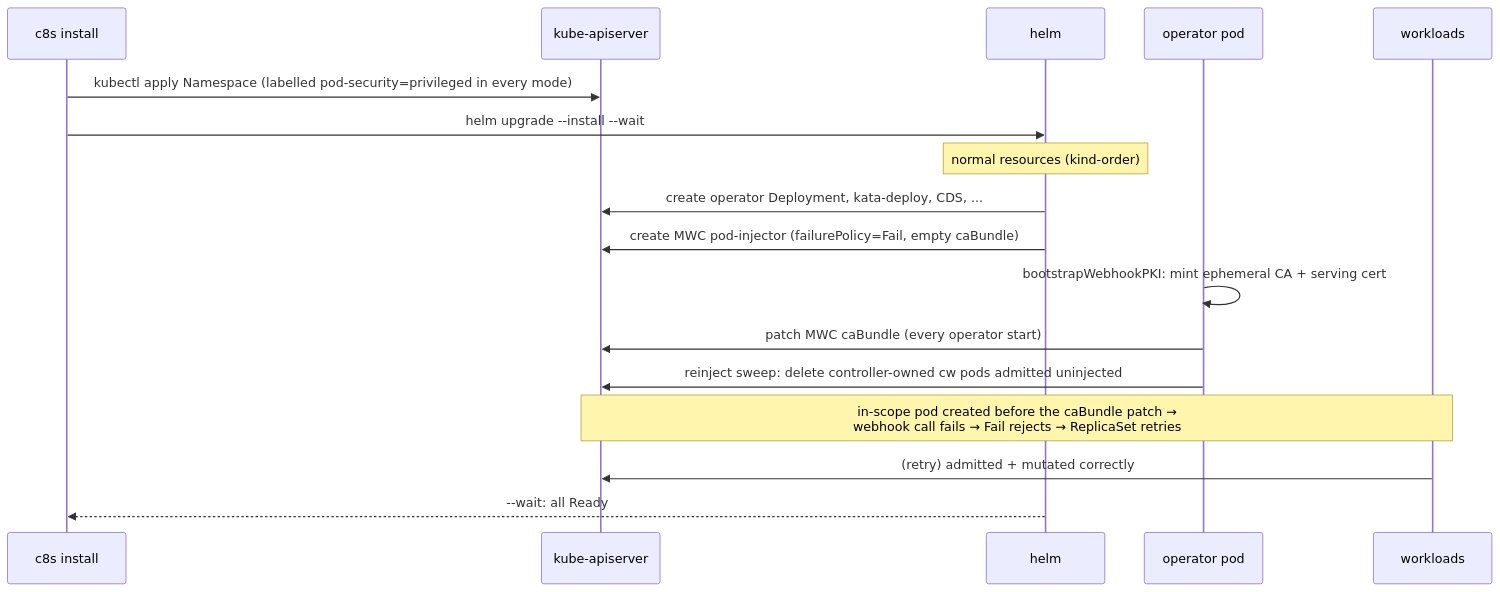
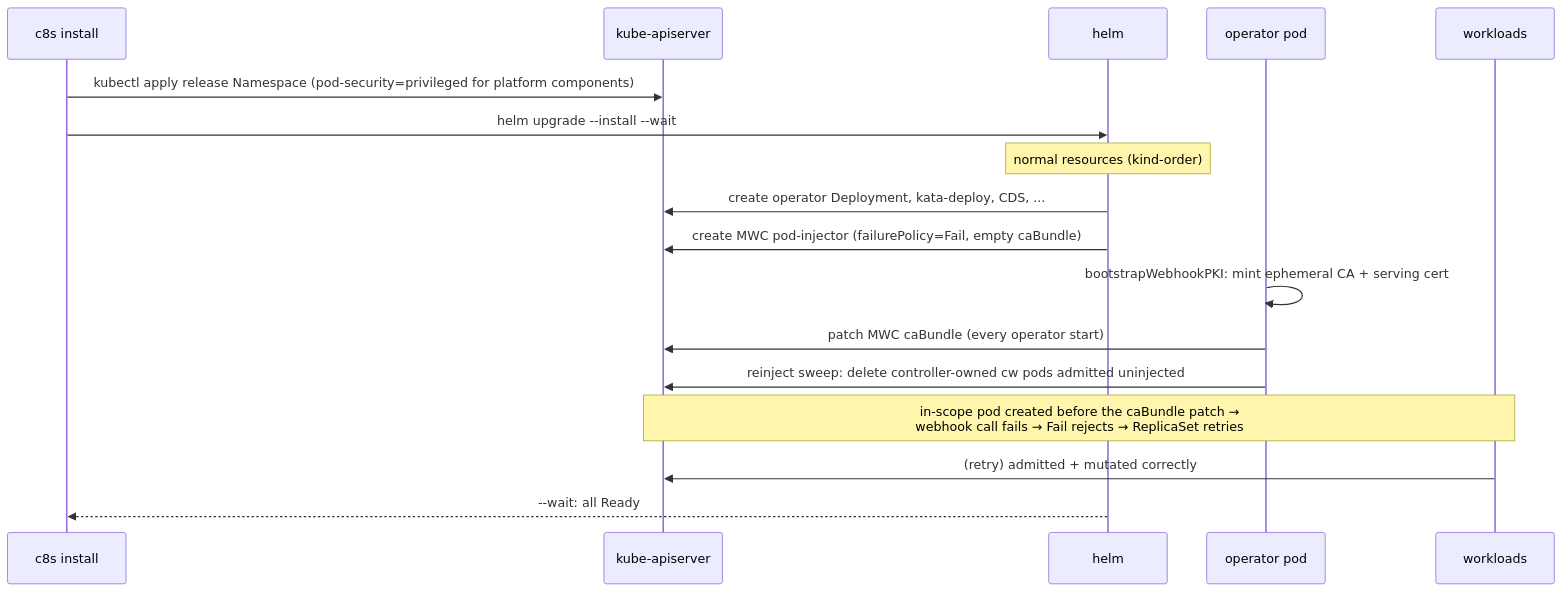
Before and after one commit to confidential-dot-ai/c8s: the second of 6 diagrams in docs/install-flows.md, drawn with Mermaid. The commit also changed other lines of this file and 33 other files, not shown here.

First line of the commit message:
fix(node-image): close PodSecurity review gaps (#547)

````diff
--- a/docs/install-flows.md
+++ b/docs/install-flows.md
@@ -158,20 +158,20 @@
 ```mermaid
 sequenceDiagram
     participant CLI as c8s install
     participant K as kube-apiserver
     participant Helm as helm
     participant Op as operator pod
     participant Pods as workloads
 
-    CLI->>K: kubectl apply Namespace (labelled pod-security=privileged in every mode)
+    CLI->>K: kubectl apply release Namespace (pod-security=privileged for platform components)
     CLI->>Helm: helm upgrade --install --wait
     Note over Helm: normal resources (kind-order)
     Helm->>K: create operator Deployment, kata-deploy, CDS, ...
     Helm->>K: create MWC pod-injector (failurePolicy=Fail, empty caBundle)
     Op->>Op: bootstrapWebhookPKI: mint ephemeral CA + serving cert
     Op->>K: patch MWC caBundle (every operator start)
     Op->>K: reinject sweep: delete controller-owned cw pods admitted uninjected
     Note over Pods,K: in-scope pod created before the caBundle patch →<br/>webhook call fails → Fail rejects → ReplicaSet retries
     Pods->>K: (retry) admitted + mutated correctly
     Helm-->>CLI: --wait: all Ready
 ```
````
